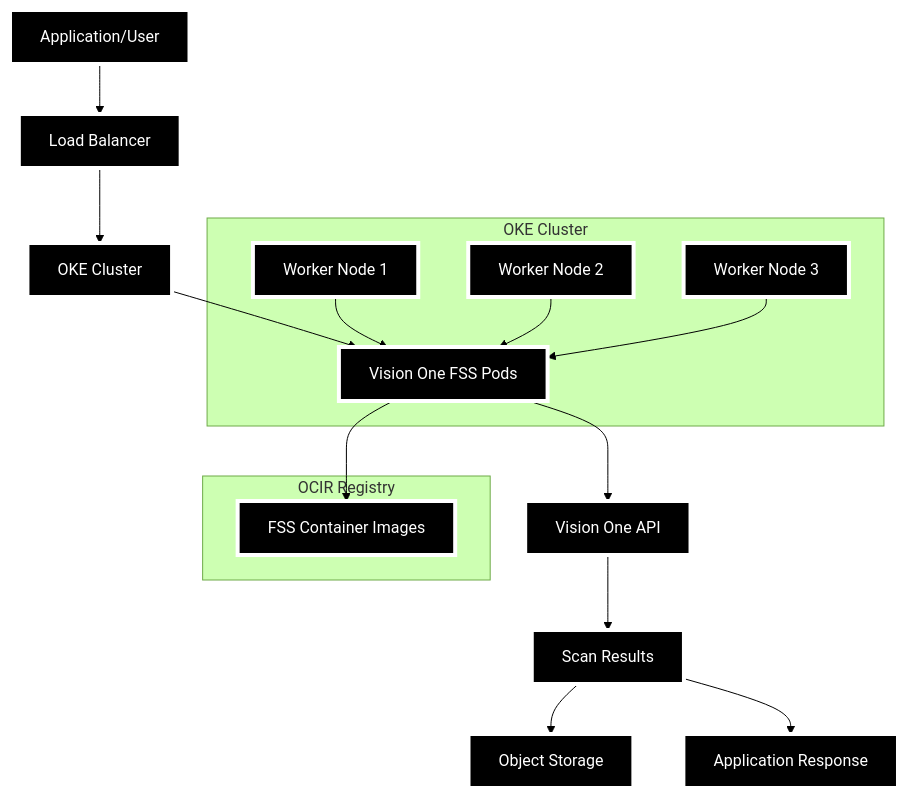
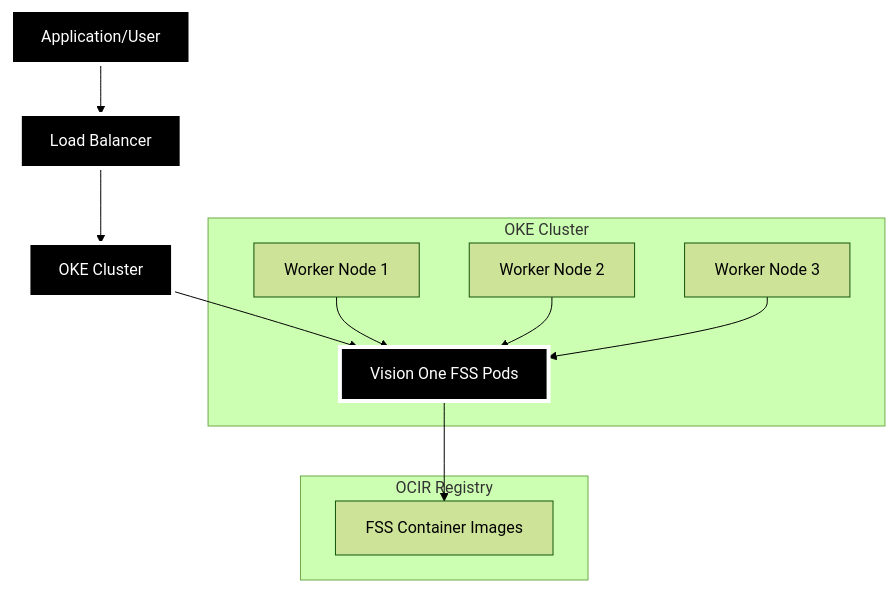
One commit to uragupathy-trend/v1-fss-oke-scanengine changed the diagram in README.md. Above: the diagram before and after it, drawn with Mermaid (forest theme).

````diff
--- a/README.md
+++ b/README.md
@@ -7,38 +7,28 @@
 ```mermaid
 flowchart TB
     A[Application/User] --> B[Load Balancer]
     B --> C[OKE Cluster]
     C --> D[Vision One FSS Pods]
-    D --> E[Vision One API]
-    E --> F[Scan Results]
-    F --> G[Object Storage]
-    F --> H[Application Response]
+   
     
     subgraph OKE["OKE Cluster"]
         C1[Worker Node 1]
         C2[Worker Node 2]
         C3[Worker Node 3]
         C1 --> D
         C2 --> D
         C3 --> D
     end
     
     subgraph Registry["OCIR Registry"]
         I[FSS Container Images]
     end
     
     D --> I
     
     style A fill:#000000,stroke:#ffffff,stroke-width:4px,color:#ffffff
     style B fill:#000000,stroke:#ffffff,stroke-width:4px,color:#ffffff
     style C fill:#000000,stroke:#ffffff,stroke-width:4px,color:#ffffff
     style D fill:#000000,stroke:#ffffff,stroke-width:4px,color:#ffffff
-    style E fill:#000000,stroke:#ffffff,stroke-width:4px,color:#ffffff
-    style F fill:#000000,stroke:#ffffff,stroke-width:4px,color:#ffffff
-    style G fill:#000000,stroke:#ffffff,stroke-width:4px,color:#ffffff
-    style H fill:#000000,stroke:#ffffff,stroke-width:4px,color:#ffffff
-    style C1 fill:#000000,stroke:#ffffff,stroke-width:4px,color:#ffffff
-    style C2 fill:#000000,stroke:#ffffff,stroke-width:4px,color:#ffffff
-    style C3 fill:#000000,stroke:#ffffff,stroke-width:4px,color:#ffffff
-    style I fill:#000000,stroke:#ffffff,stroke-width:4px,color:#ffffff
+  
 ```
````
